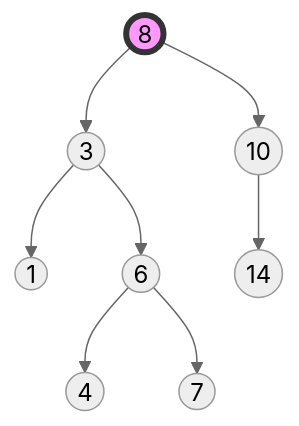
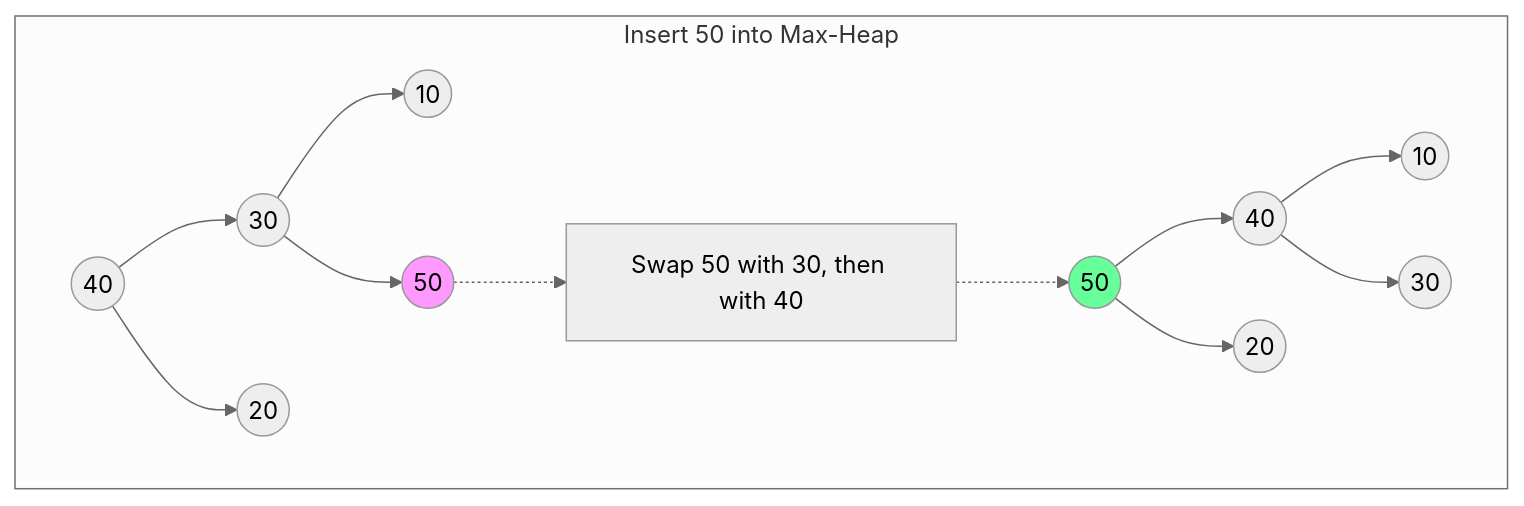
Before and after one commit to ajay99511/DSA_Pattern_Recognition: the second of 3 diagrams in concepts/data_structures/trees_and_tries.md, drawn with Mermaid (neutral theme). The commit also changed other lines of this file and 12 other files, not shown here.

````diff
--- a/concepts/data_structures/trees_and_tries.md
+++ b/concepts/data_structures/trees_and_tries.md
@@ -10,12 +38,21 @@
 ```mermaid
 graph TD
-    Root((8)) --> L((3))
-    Root --> R((10))
-    L --> LL((1))
-    L --> LR((6))
-    R --> RR((14))
-    LR --> LRL((4))
-    LR --> LRR((7))
+    subgraph Sift_Up [Insert 50 into Max-Heap]
+    Root((40)) --> L((30))
+    Root --> R((20))
+    L --> LL((10))
+    L --> New((50))
     
-    style Root fill:#f9f,stroke:#333,stroke-width:4px
+    Swap[Swap 50 with 30, then with 40]
+    
+    Final_Root((50)) --> Final_L((40))
+    Final_Root --> Final_R((20))
+    Final_L --> F_LL((10))
+    Final_L --> F_New((30))
+    end
+    
+    New -.-> Swap -.-> Final_Root
+    
+    style New fill:#f9f
+    style Final_Root fill:#6f9
 ```
````
